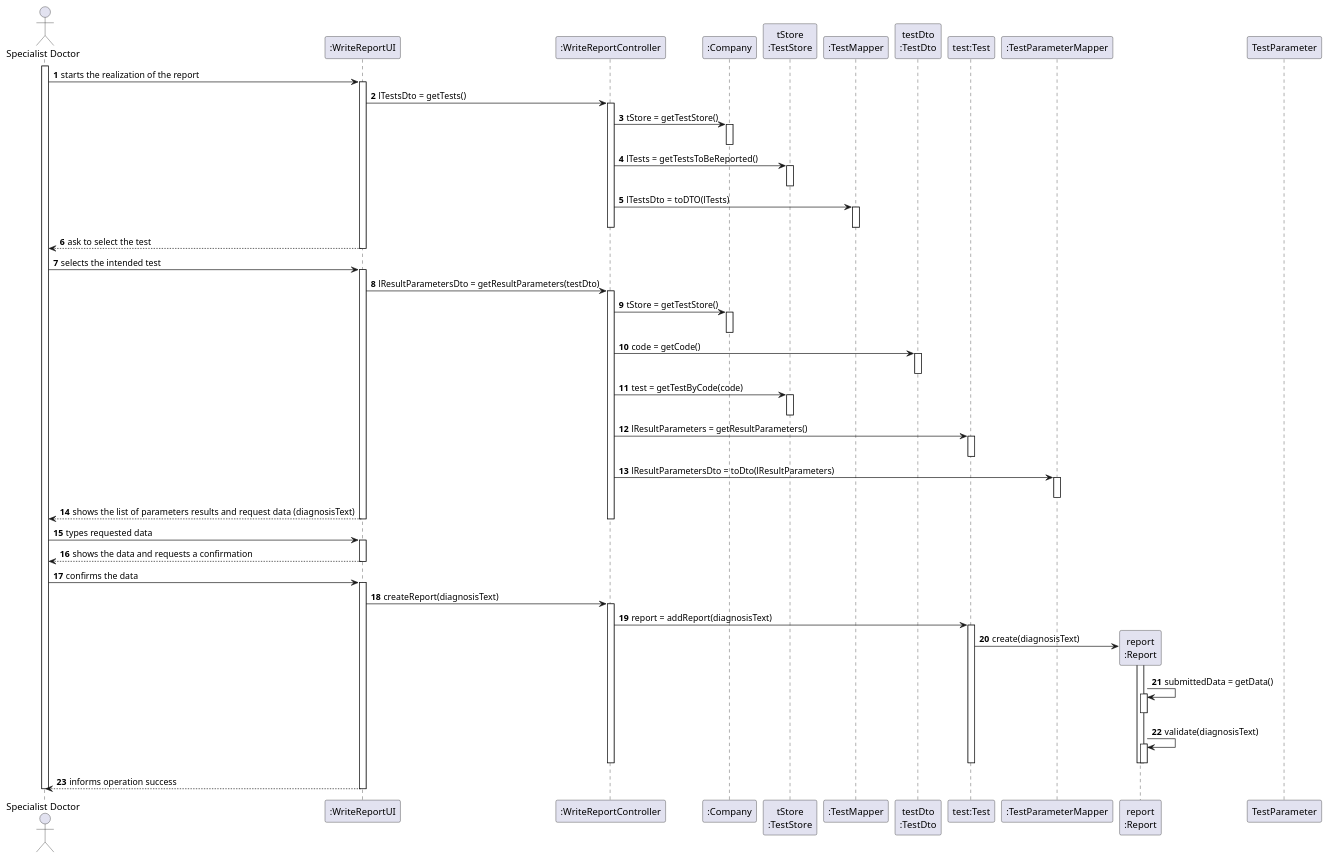
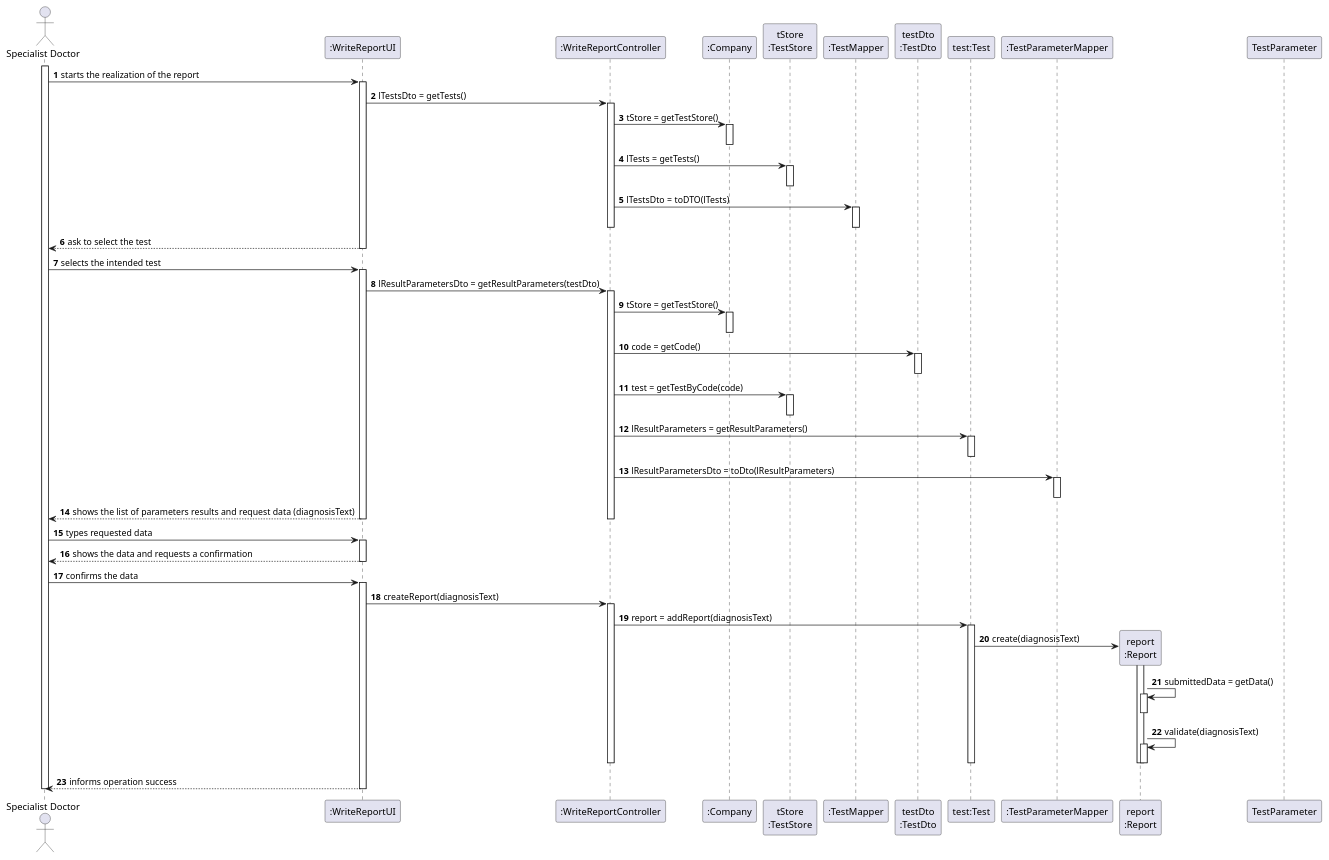
Before and after one commit to Pedromaia26/LAPR2-ISEP: the diagram in docs/SprintC/US14_MakeDiagnosisWriteReport/US014_SD.puml, drawn with PlantUML. The commit also changed 4 other files, not shown here.

```diff
--- a/docs/SprintC/US14_MakeDiagnosisWriteReport/US014_SD.puml
+++ b/docs/SprintC/US14_MakeDiagnosisWriteReport/US014_SD.puml
@@ -1,80 +1,80 @@
 @startuml
 actor "Specialist Doctor" as SD
 participant ":WriteReportUI" as Interface
 participant ":WriteReportController" as Controller
 participant ":Company" as Company
 participant "tStore\n:TestStore" as tStore
 participant ":TestMapper" as TestMapper
 participant "testDto\n:TestDto" as TestDto
 participant "test:Test" as Test
 participant ":TestParameterMapper" as RLmapper
 participant "report\n:Report" as Report
 participant "TestParameter" as TestParameter
 
 autonumber
 activate SD
 SD -> Interface: starts the realization of the report
 activate Interface
 Interface -> Controller: lTestsDto = getTests()
 activate Controller
 Controller -> Company: tStore = getTestStore()
 activate Company
 deactivate Company
-Controller -> tStore: lTests = getTestsToBeReported()
+Controller -> tStore: lTests = getTests()
 activate tStore
 deactivate tStore
 Controller -> TestMapper: lTestsDto = toDTO(lTests)
 activate TestMapper
 deactivate TestMapper
 deactivate Controller
 Interface --> SD: ask to select the test
 deactivate Interface
 SD -> Interface: selects the intended test
 activate Interface
 Interface -> Controller: lResultParametersDto = getResultParameters(testDto)
 activate Controller
 Controller -> Company: tStore = getTestStore()
 activate Company
 deactivate Company
 Controller -> TestDto: code = getCode()
 activate TestDto
 deactivate TestDto
 Controller -> tStore: test = getTestByCode(code)
 activate tStore
 deactivate tStore
 Controller -> Test: lResultParameters = getResultParameters()
 activate Test
 deactivate Test
 Controller -> RLmapper: lResultParametersDto = toDto(lResultParameters)
 activate RLmapper
 deactivate RLmapper
 Interface --> SD: shows the list of parameters results and request data (diagnosisText)
 deactivate Controller
 deactivate Interface
 SD -> Interface: types requested data
 activate Interface
 Interface --> SD: shows the data and requests a confirmation
 deactivate Interface
 SD -> Interface: confirms the data
 activate Interface
 Interface -> Controller: createReport(diagnosisText)
 activate Controller
 Controller -> Test: report = addReport(diagnosisText)
 activate Test
 Test -> Report**: create(diagnosisText)
 activate Report
 Report -> Report: submittedData = getData()
 activate Report
 deactivate Report
 Report -> Report: validate(diagnosisText)
 activate Report
 deactivate Report
 deactivate Report
 deactivate Test
 deactivate Controller
 Interface --> SD: informs operation success
 deactivate Interface
 deactivate SD
 
 
 @enduml
```
